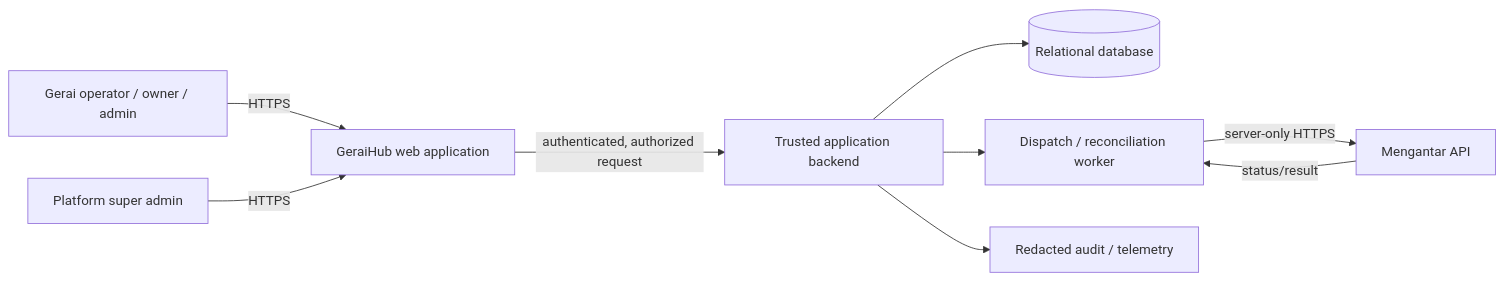
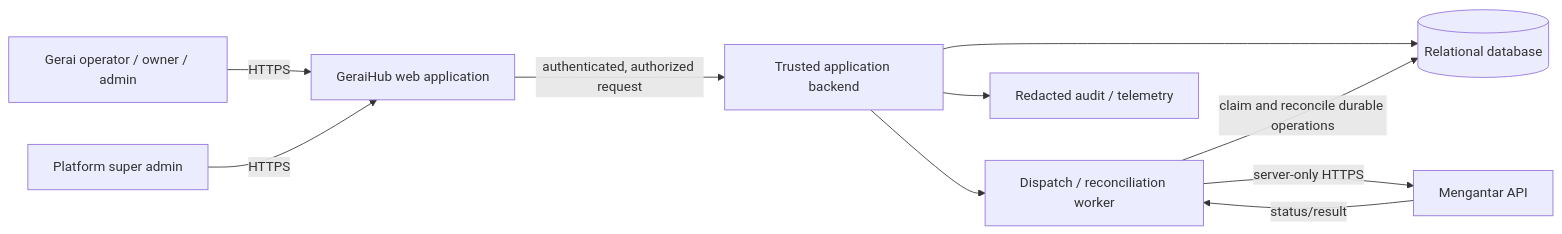
Before and after one commit to ongkipro/geraihub: the diagram in docs/spec/04-SYSTEM-ARCHITECTURE.md, drawn with Mermaid. The commit also changed other lines of this file and 36 other files, not shown here.

````diff
--- a/docs/spec/04-SYSTEM-ARCHITECTURE.md
+++ b/docs/spec/04-SYSTEM-ARCHITECTURE.md
@@ -17,11 +17,12 @@
 ```mermaid
 flowchart LR
   O[Gerai operator / owner / admin] -->|HTTPS| W[GeraiHub web application]
   S[Platform super admin] -->|HTTPS| W
   W -->|authenticated, authorized request| A[Trusted application backend]
   A --> D[(Relational database)]
   A --> Q[Dispatch / reconciliation worker]
+  Q -->|claim and reconcile durable operations| D
   Q -->|server-only HTTPS| M[Mengantar API]
   M -->|status/result| Q
   A --> L[Redacted audit / telemetry]
 ```
````
